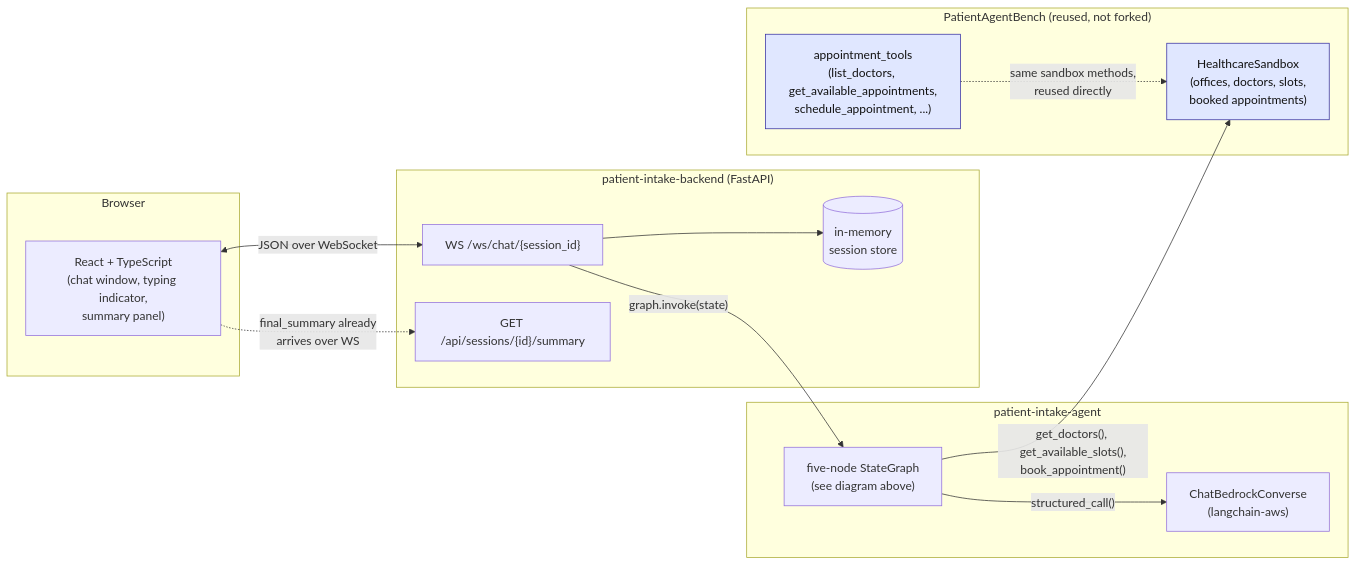
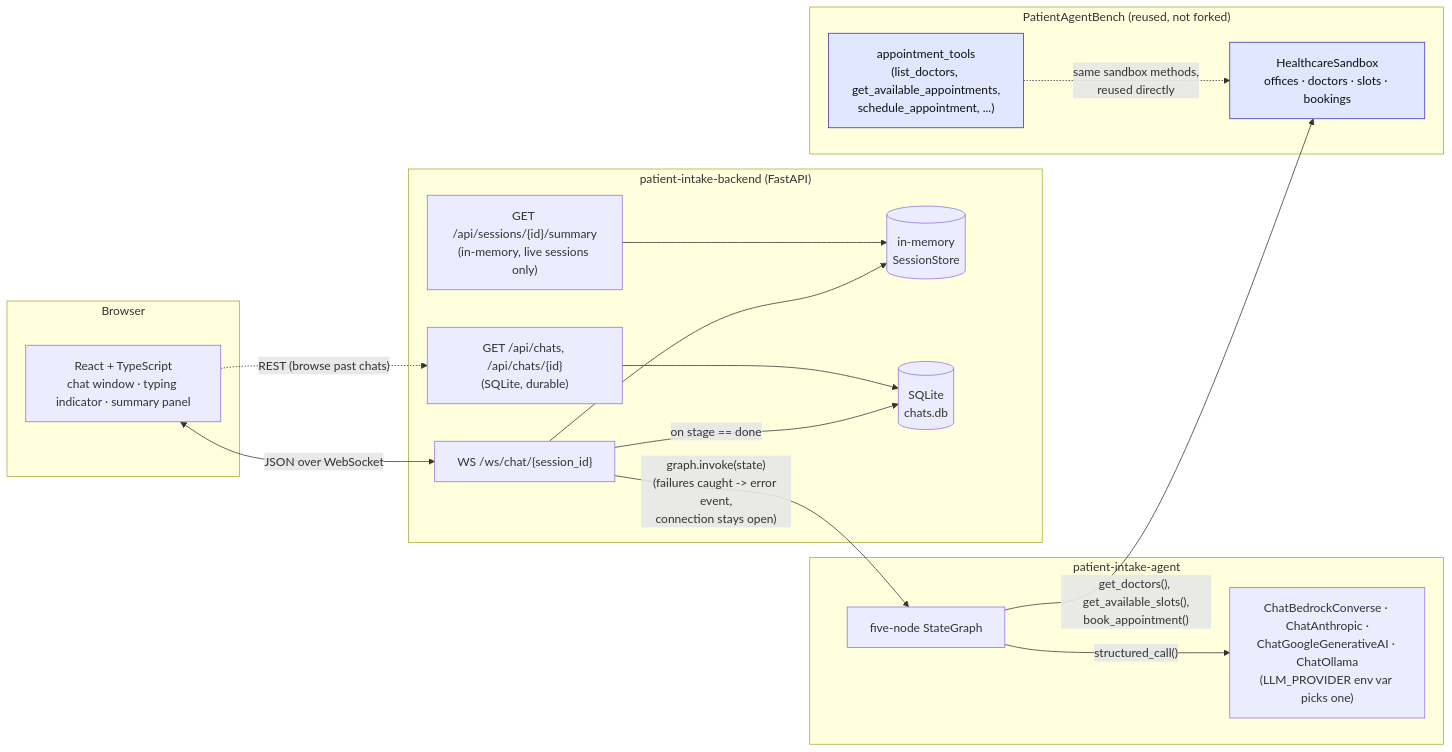
One commit to PrachiS21/Patient_Appointment_Schedule_AI_Agent changed the second of 2 diagrams in docs/architecture.md. Above: the diagram before and after it, drawn with Mermaid. The commit also changed other lines of this file and 13 other files, not shown here.

````diff
--- a/docs/architecture.md
+++ b/docs/architecture.md
@@ -49,33 +54,38 @@
 ```mermaid
 flowchart LR
     subgraph client["Browser"]
-        FE["React + TypeScript<br/>(chat window, typing indicator,<br/>summary panel)"]
+        FE["React + TypeScript<br/>chat window · typing indicator · summary panel"]
     end
 
     subgraph server["patient-intake-backend (FastAPI)"]
         WS["WS /ws/chat/{session_id}"]
-        REST["GET /api/sessions/{id}/summary"]
-        SESS[("in-memory<br/>session store")]
+        RESTS["GET /api/sessions/{id}/summary<br/>(in-memory, live sessions only)"]
+        RESTC["GET /api/chats, /api/chats/{id}<br/>(SQLite, durable)"]
+        SESS[("in-memory<br/>SessionStore")]
+        DB[("SQLite<br/>chats.db")]
     end
 
     subgraph agent["patient-intake-agent"]
-        GRAPH["five-node StateGraph<br/>(see diagram above)"]
-        LLM["ChatBedrockConverse<br/>(langchain-aws)"]
+        GRAPH["five-node StateGraph"]
+        LLM["ChatBedrockConverse · ChatAnthropic ·<br/>ChatGoogleGenerativeAI · ChatOllama<br/>(LLM_PROVIDER env var picks one)"]
     end
 
     subgraph pab["PatientAgentBench (reused, not forked)"]
-        SANDBOX["HealthcareSandbox<br/>(offices, doctors, slots,<br/>booked appointments)"]
+        SANDBOX["HealthcareSandbox<br/>offices · doctors · slots · bookings"]
         TOOLS["appointment_tools<br/>(list_doctors, get_available_appointments,<br/>schedule_appointment, ...)"]
     end
 
     FE <-- "JSON over WebSocket" --> WS
-    FE -. "final_summary already<br/>arrives over WS" .-> REST
+    FE -. "REST (browse past chats)" .-> RESTC
     WS --> SESS
-    WS -- "graph.invoke(state)" --> GRAPH
+    WS -- "on stage == done" --> DB
+    WS -- "graph.invoke(state)<br/>(failures caught -> error event,<br/>connection stays open)" --> GRAPH
     GRAPH -- "structured_call()" --> LLM
     GRAPH -- "get_doctors(), get_available_slots(),<br/>book_appointment()" --> SANDBOX
     TOOLS -.->|"same sandbox methods,<br/>reused directly"| SANDBOX
+    RESTS --> SESS
+    RESTC --> DB
 
     classDef reused fill:#e0e7ff,stroke:#3730a3,color:#111
     class SANDBOX,TOOLS reused
 ```
````
